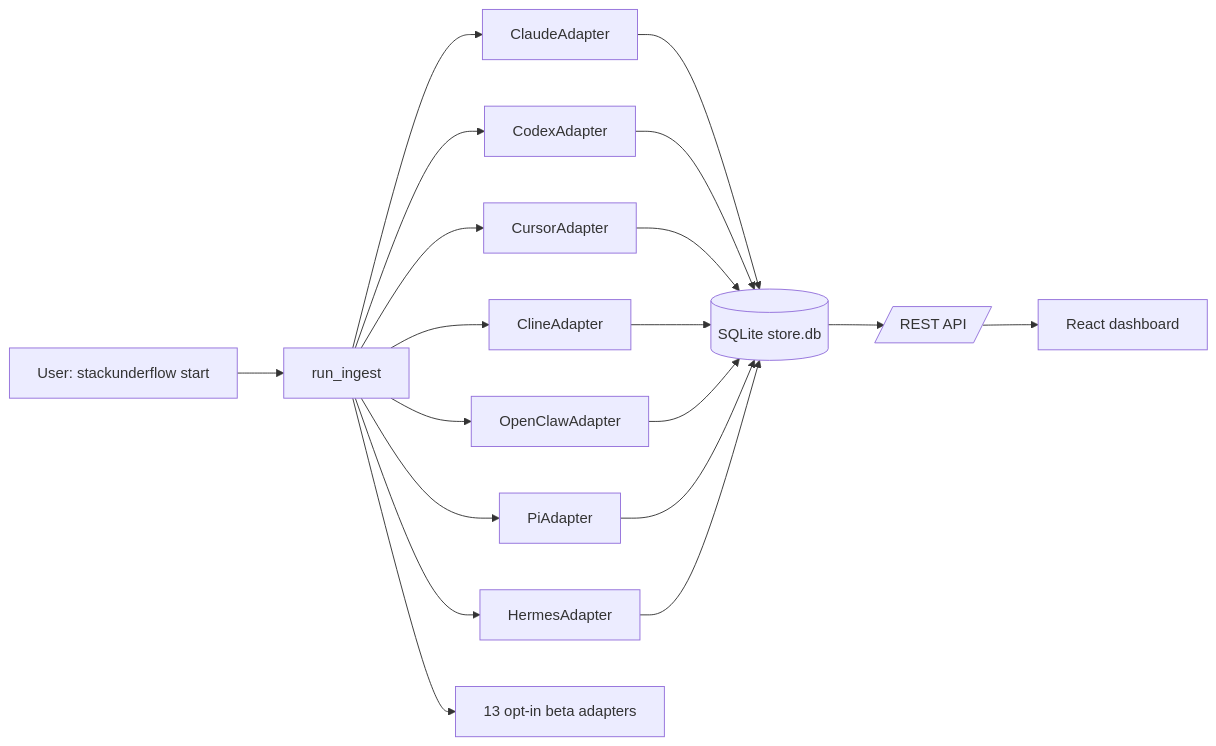
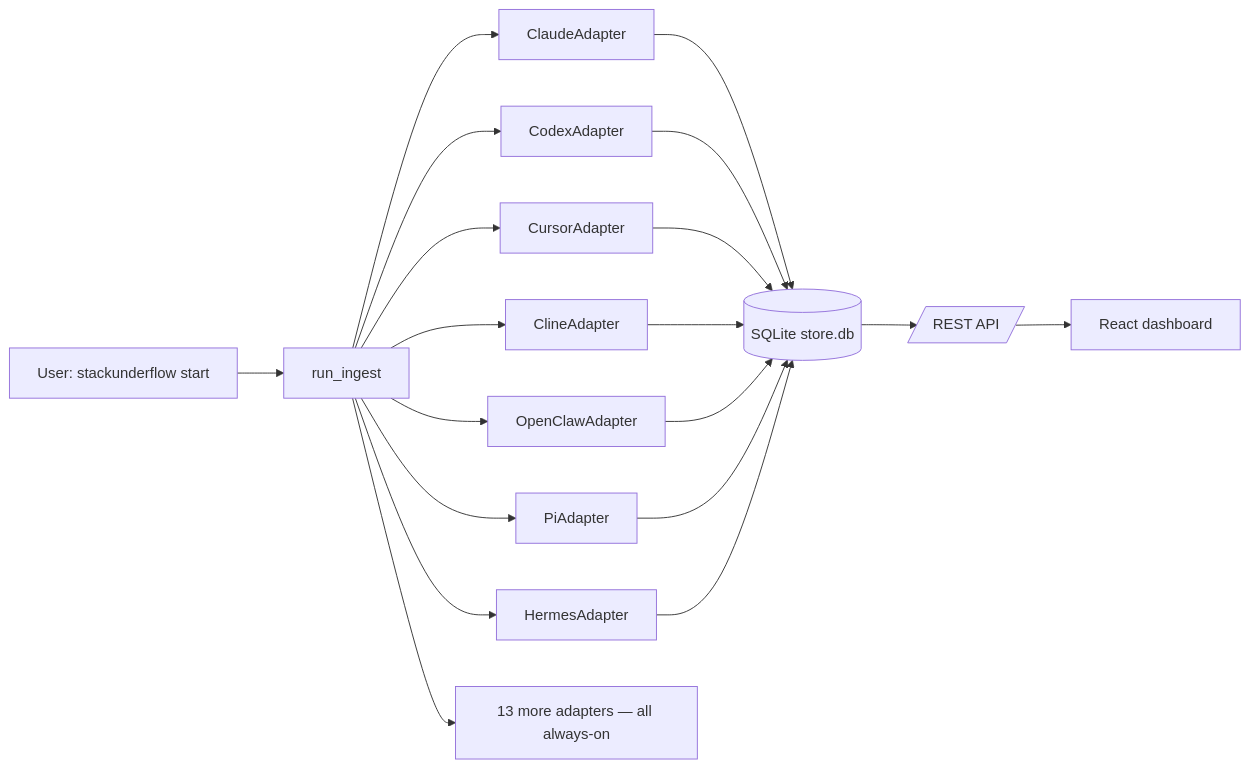
The diagram in docs/multi-provider.md (0bserver07/StackUnderflow), drawn with Mermaid before and after one commit. The commit also changed other lines of this file and 12 other files, not shown here.

First line of the commit message:
docs: truth pass — always-on adapters, doctor, backup, resume

````diff
--- a/docs/multi-provider.md
+++ b/docs/multi-provider.md
@@ -122,21 +93,21 @@
 ```mermaid
 flowchart LR
     user[User: stackunderflow start] --> ingest[run_ingest]
     ingest --> claude[ClaudeAdapter]
     ingest --> codex[CodexAdapter]
     ingest --> cursor[CursorAdapter]
     ingest --> cline[ClineAdapter]
     ingest --> openclaw[OpenClawAdapter]
     ingest --> pi[PiAdapter]
     ingest --> hermes[HermesAdapter]
-    ingest --> betas[13 opt-in beta adapters]
+    ingest --> betas[13 more adapters — all always-on]
     claude --> store[(SQLite store.db)]
     codex --> store
     cursor --> store
     cline --> store
     openclaw --> store
     pi --> store
     hermes --> store
     store --> api[/REST API/]
     api --> ui[React dashboard]
 ```
````
